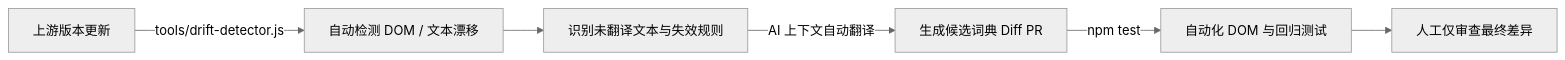
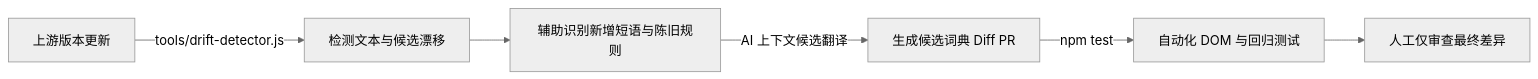
One commit to yiheng8023/antigravity-chinese changed the diagram in README.md. Above: the diagram before and after it, drawn with Mermaid (neutral theme). The commit also changed other lines of this file and 2 other files, not shown here.

Commit message:
feat: implement three-tier coverage metrics and stale rule detection, refine roadmap phrasing in README

````diff
--- a/README.md
+++ b/README.md
@@ -99,8 +99,8 @@
 ```mermaid
 flowchart LR
-    A[上游版本更新] -->|tools/drift-detector.js| B[自动检测 DOM / 文本漂移]
-    B --> C[识别未翻译文本与失效规则]
-    C -->|AI 上下文自动翻译| D[生成候选词典 Diff PR]
+    A[上游版本更新] -->|tools/drift-detector.js| B[检测文本与候选漂移]
+    B --> C[辅助识别新增短语与陈旧规则]
+    C -->|AI 上下文候选翻译| D[生成候选词典 Diff PR]
     D -->|npm test| E[自动化 DOM 与回归测试]
     E --> F[人工仅审查最终差异]
 ```
````
